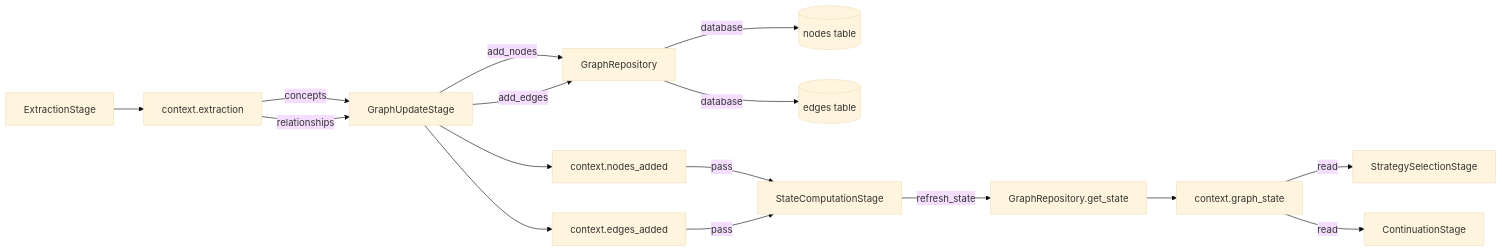
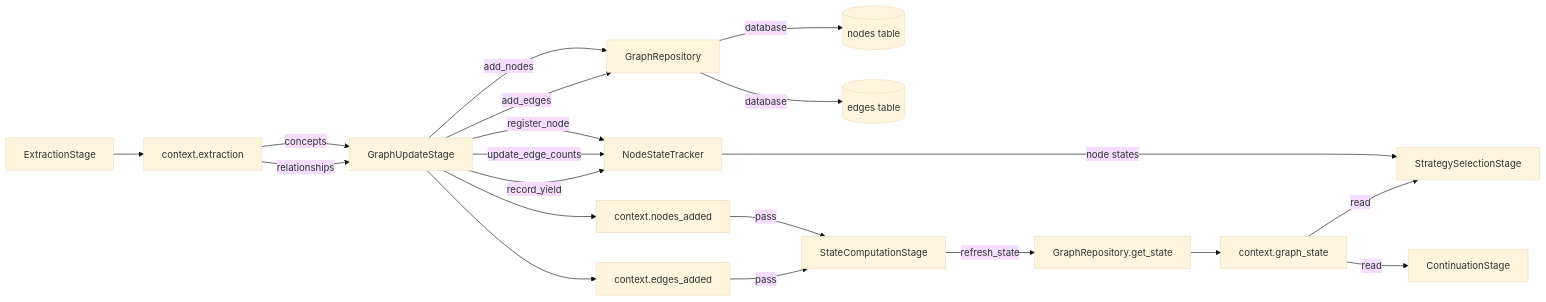
Before and after one commit to michaelarutyunov/interview-system-v2: the fourth of 9 diagrams in docs/data_flow_paths.md, drawn with Mermaid (base theme). The commit also changed other lines of this file and 5 other files, not shown here.

First line of the commit message:
docs: update documentation to reflect D1 architecture and current codebase state

````diff
--- a/docs/data_flow_paths.md
+++ b/docs/data_flow_paths.md
@@ -199,23 +236,29 @@
 ```mermaid
 graph LR
     A[ExtractionStage] --> B[context.extraction]
     B -->|concepts| C[GraphUpdateStage]
     B -->|relationships| C
 
     C -->|add_nodes| D[GraphRepository]
     C -->|add_edges| D
     C --> E[context.nodes_added]
     C --> F[context.edges_added]
 
-    D -->|database| G[(nodes table)]
-    D -->|database| H[(edges table)]
+    C -->|register_node| G[NodeStateTracker]
+    C -->|update_edge_counts| G
+    C -->|record_yield| G
 
-    E -->|pass| I[StateComputationStage]
-    F -->|pass| I
+    D -->|database| H[(nodes table)]
+    D -->|database| I[(edges table)]
 
-    I -->|refresh_state| J[GraphRepository.get_state]
-    J --> K[context.graph_state]
-    K -->|read| L[StrategySelectionStage]
+    E -->|pass| J[StateComputationStage]
+    F -->|pass| J
 
-    K -->|read| M[ContinuationStage]
+    G -->|node states| K[StrategySelectionStage]
+
+    J -->|refresh_state| L[GraphRepository.get_state]
+    L --> M[context.graph_state]
+    M -->|read| K
+
+    M -->|read| N[ContinuationStage]
 ```
````
